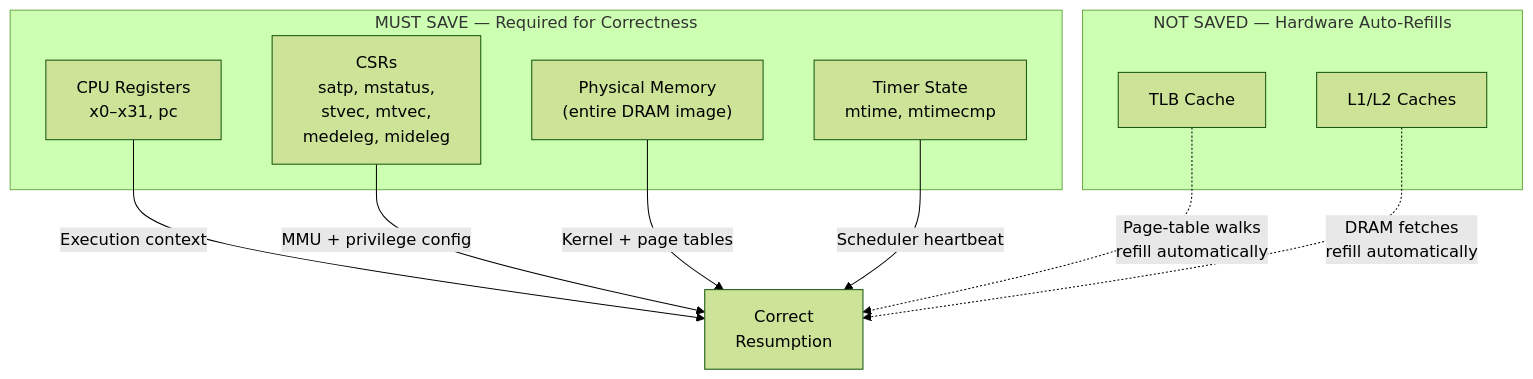
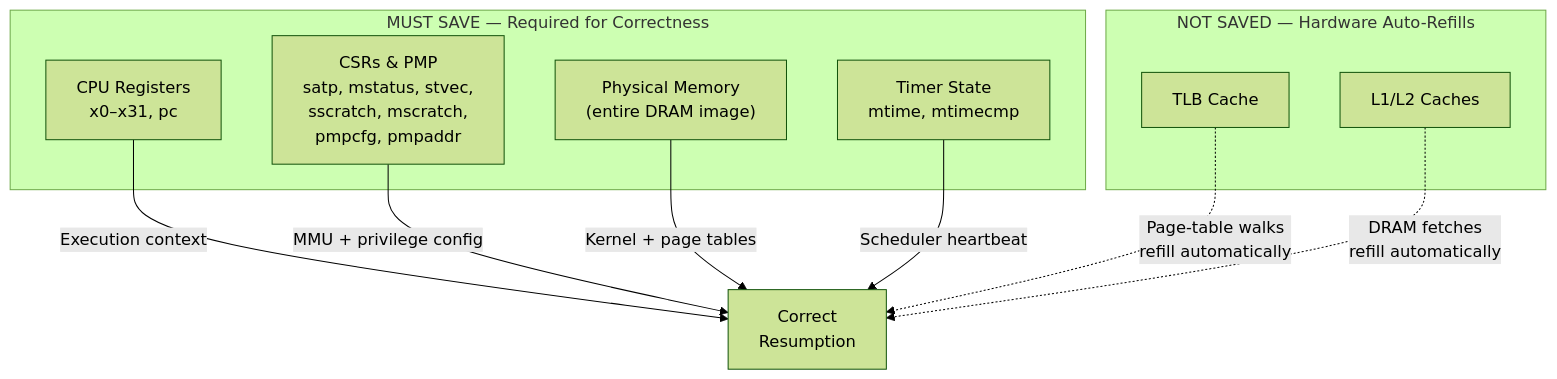
Before and after one commit to radheshyam2006/gsoc26-minimumlinuxboot: the third of 7 diagrams in docs/proposal_final.md, drawn with Mermaid (forest theme). The commit also changed other lines of this file and 3 other files, not shown here.

````diff
--- a/docs/proposal_final.md
+++ b/docs/proposal_final.md
@@ -150,22 +147,22 @@
 ```mermaid
 graph TD
     subgraph "MUST SAVE — Required for Correctness"
         R["CPU Registers<br/>x0–x31, pc"]
-        C["CSRs<br/>satp, mstatus,<br/>stvec, mtvec,<br/>medeleg, mideleg"]
+        C["CSRs & PMP<br/>satp, mstatus, stvec,<br/>sscratch, mscratch,<br/>pmpcfg, pmpaddr"]
         M["Physical Memory<br/>(entire DRAM image)"]
         T["Timer State<br/>mtime, mtimecmp"]
     end
     
     subgraph "NOT SAVED — Hardware Auto-Refills"
         TLB["TLB Cache"]
         L1["L1/L2 Caches"]
     end
     
     R --> |"Execution context"| WHY["Correct<br/>Resumption"]
     C --> |"MMU + privilege config"| WHY
     M --> |"Kernel + page tables"| WHY
     T --> |"Scheduler heartbeat"| WHY
     
     TLB -.-> |"Page-table walks<br/>refill automatically"| WHY
     L1 -.-> |"DRAM fetches<br/>refill automatically"| WHY
 ```
````
